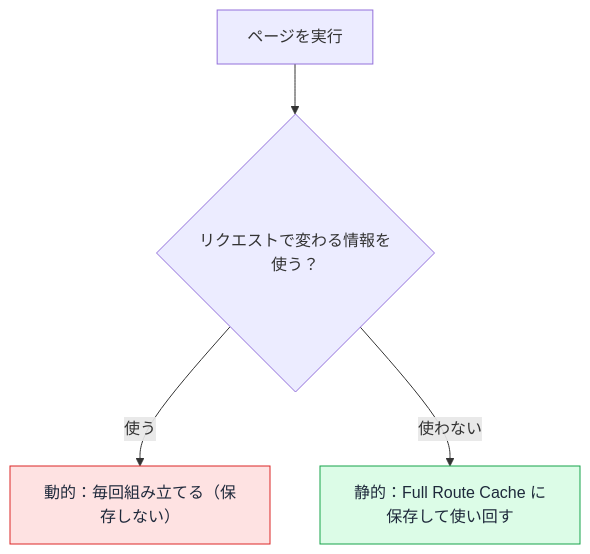
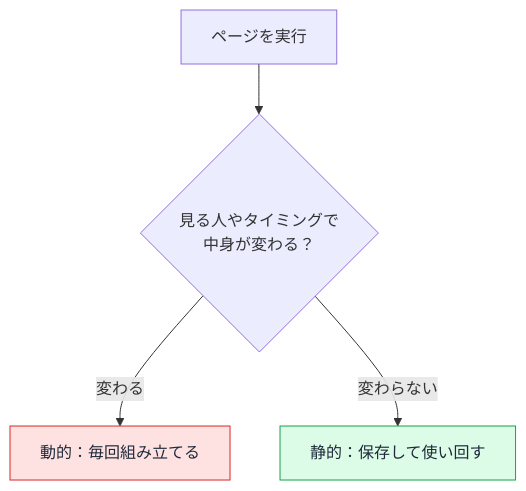
One commit to ozaki25/web-front-training-ozaki25 changed the second of 3 diagrams in docs/drafts/106/index.md. Above: the diagram before and after it, drawn with Mermaid. The commit also changed other lines of this file, not shown here.

````diff
--- a/docs/drafts/106/index.md
+++ b/docs/drafts/106/index.md
@@ -65,8 +67,8 @@
 ```mermaid
 flowchart TD
-    P["ページを実行"] --> Q{"リクエストで変わる情報を使う？"}
-    Q -->|使う| D["動的：毎回組み立てる（保存しない）"]
-    Q -->|使わない| S["静的：Full Route Cache に保存して使い回す"]
+    P["ページを実行"] --> Q{"見る人やタイミングで<br/>中身が変わる？"}
+    Q -->|変わる| D["動的：毎回組み立てる"]
+    Q -->|変わらない| S["静的：保存して使い回す"]
     style D fill:#fee2e2,color:#1e293b,stroke:#dc2626
     style S fill:#dcfce7,color:#1e293b,stroke:#16a34a
 ```
````
